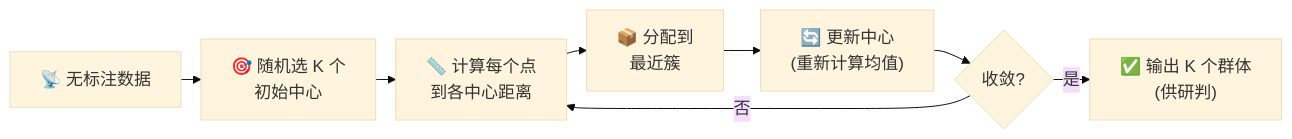
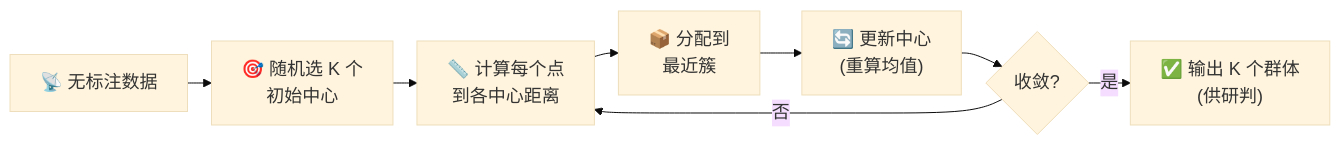
Before and after one commit to YangYibiao/yangyibiao.github.io: the second of 3 diagrams in datamining/slides/03_kmeans.md, drawn with Mermaid. The commit also changed other lines of this file and 11 other files, not shown here.

````diff
--- a/datamining/slides/03_kmeans.md
+++ b/datamining/slides/03_kmeans.md
@@ -302,12 +304,12 @@
 ```mermaid
-%%{init: { 'theme': 'base', 'themeVariables': { 'fontSize': '17px', 'fontFamily': 'LXGWWenKai, \"Noto Sans SC\", sans-serif' }, 'flowchart': { 'nodeSpacing': 15, 'rankSpacing': 20 } } }%%
+%%{init: { 'theme': 'base', 'themeVariables': { 'fontSize': '18px', 'fontFamily': 'LXGWWenKai, \"Noto Sans SC\", sans-serif' }, 'flowchart': { 'nodeSpacing': 16, 'rankSpacing': 24 } } }%%
 flowchart LR
     A["📡 无标注数据"]
     --> B["🎯 随机选 K 个<br/>初始中心"]
     --> C["📏 计算每个点<br/>到各中心距离"]
     --> D["📦 分配到<br/>最近簇"]
-    --> E["🔄 更新中心<br/>(重新计算均值)"]
+    --> E["🔄 更新中心<br/>(重算均值)"]
     --> F{"收敛?"}
     F -->|否| C
     F -->|是| G["✅ 输出 K 个群体<br/>(供研判)"]
 ```
````
